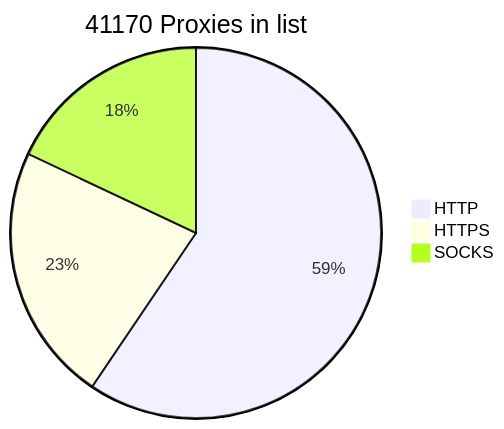
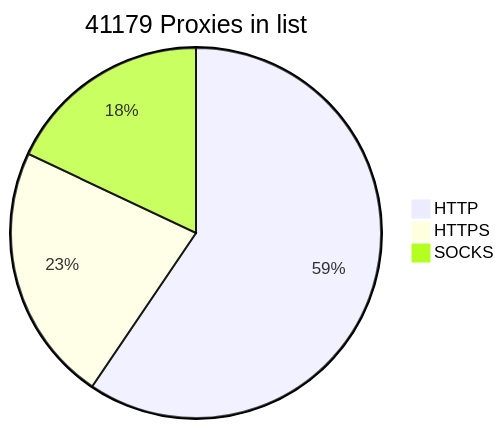
The diagram in README.md (BlackSnowDot/proxylist-update-every-minute), drawn with Mermaid before and after one commit.

````diff
--- a/README.md
+++ b/README.md
@@ -2,6 +2,6 @@
 ```mermaid
-pie title 41170 Proxies in list
-    "HTTP" : 28804
+pie title 41179 Proxies in list
+    "HTTP" : 28813
     "HTTPS": 10927
     "SOCKS" : 8712
 ```
````
